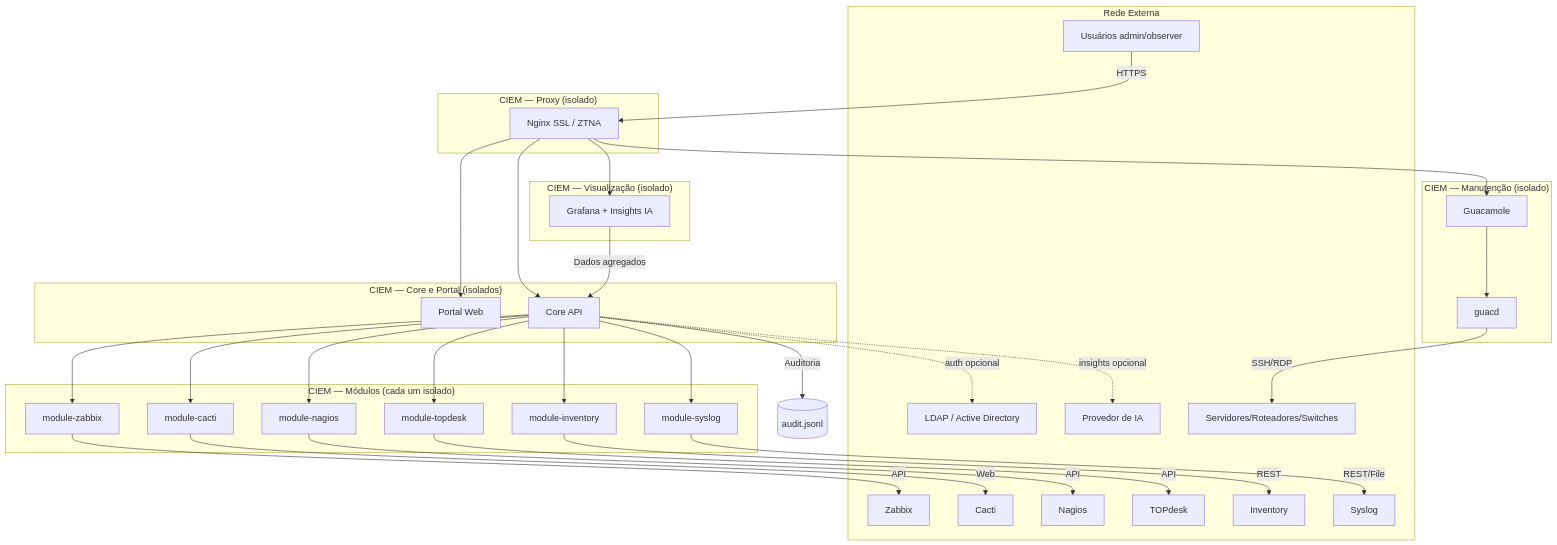
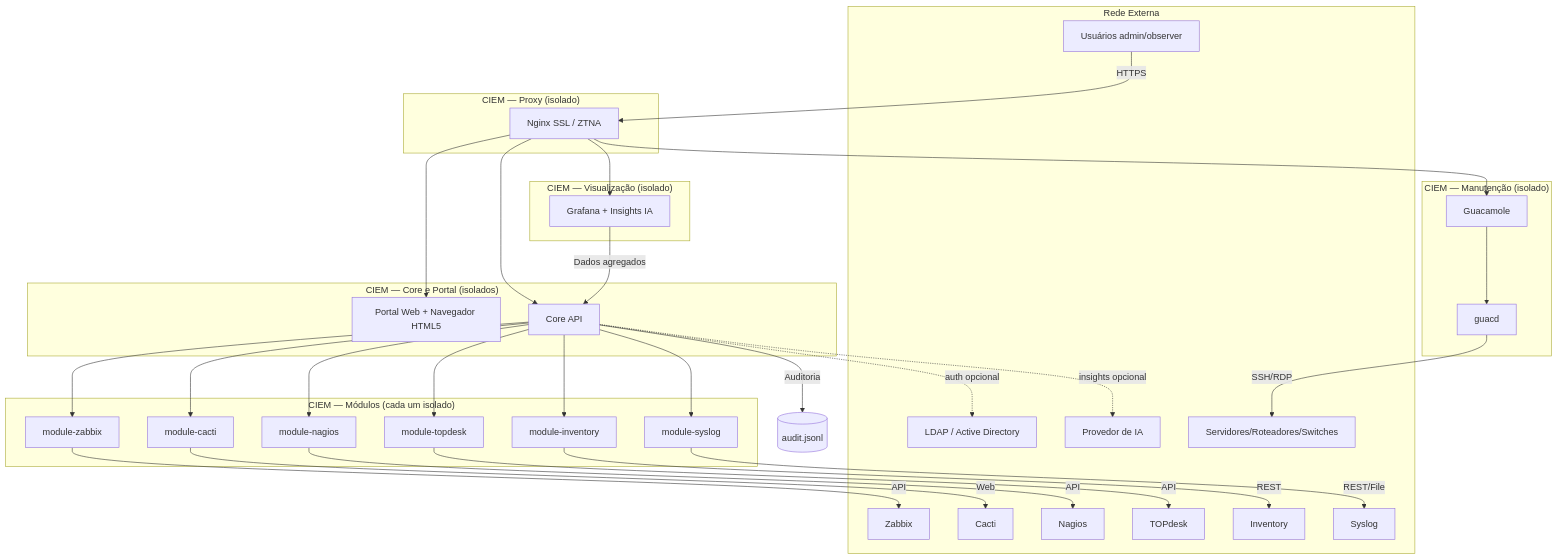
Before and after one commit to avilarezende/ciem: the diagram in docs/ARCHITECTURE.md, drawn with Mermaid. The commit also changed other lines of this file and 18 other files, not shown here.

First line of the commit message:
docs: manuais, diagrama e mockups do Navegador HTML5

````diff
--- a/docs/ARCHITECTURE.md
+++ b/docs/ARCHITECTURE.md
@@ -27,63 +27,63 @@
 ```mermaid
 graph TB
     subgraph "Rede Externa"
         ADMIN[Usuários admin/observer]
         LDAP[LDAP / Active Directory]
         AI[Provedor de IA]
         EXT_ZBX[Zabbix]
         EXT_CAC[Cacti]
         EXT_NAG[Nagios]
         EXT_TD[TOPdesk]
         EXT_INV[Inventory]
         EXT_SYS[Syslog]
         TARGETS[Servidores/Roteadores/Switches]
     end
 
     subgraph "CIEM — Proxy (isolado)"
         PROXY[Nginx SSL / ZTNA]
     end
 
     subgraph "CIEM — Core e Portal (isolados)"
-        PORTAL[Portal Web]
+        PORTAL[Portal Web + Navegador HTML5]
         CORE[Core API]
     end
 
     subgraph "CIEM — Visualização (isolado)"
         GRAF[Grafana + Insights IA]
     end
 
     subgraph "CIEM — Manutenção (isolado)"
         GUAC[Guacamole]
         GUACD[guacd]
     end
 
     subgraph "CIEM — Módulos (cada um isolado)"
         MOD_ZBX[module-zabbix]
         MOD_CAC[module-cacti]
         MOD_NAG[module-nagios]
         MOD_TD[module-topdesk]
         MOD_INV[module-inventory]
         MOD_SYS[module-syslog]
     end
 
     ADMIN -->|HTTPS| PROXY
     PROXY --> PORTAL
     PROXY --> CORE
     PROXY --> GRAF
     PROXY --> GUAC
 
     CORE --> MOD_ZBX & MOD_CAC & MOD_NAG & MOD_TD & MOD_INV & MOD_SYS
     CORE -.->|auth opcional| LDAP
     CORE -.->|insights opcional| AI
     MOD_ZBX -->|API| EXT_ZBX
     MOD_CAC -->|Web| EXT_CAC
     MOD_NAG -->|API| EXT_NAG
     MOD_TD -->|API| EXT_TD
     MOD_INV -->|REST| EXT_INV
     MOD_SYS -->|REST/File| EXT_SYS
 
     GRAF -->|Dados agregados| CORE
     GUAC --> GUACD
     GUACD -->|SSH/RDP| TARGETS
     CORE -->|Auditoria| AUDIT[(audit.jsonl)]
 ```
````
